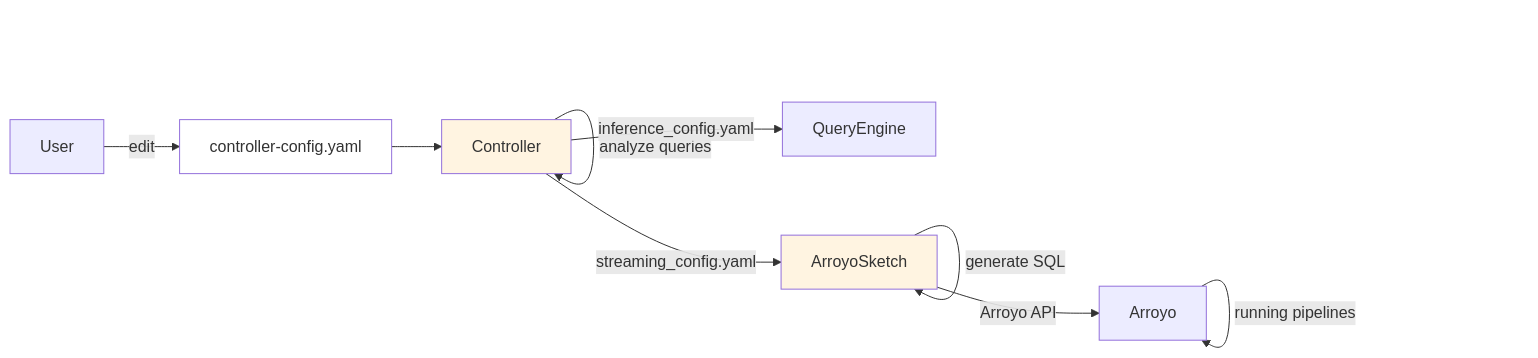
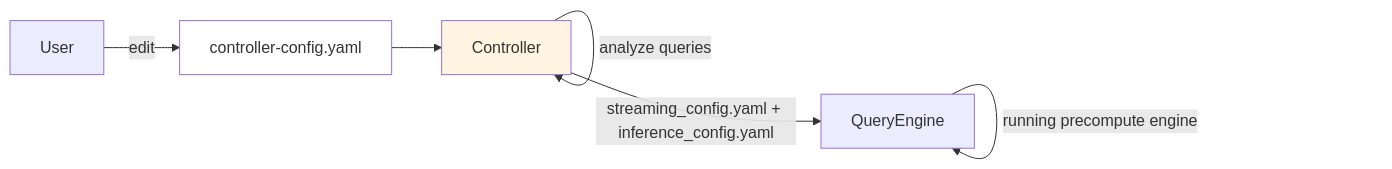
Before and after one commit to ProjectASAP/ASAPQuery: the fourth of 4 diagrams in docs/01-getting-started/architecture.md, drawn with Mermaid. The commit also changed other lines of this file and 233 other files, not shown here.

````diff
--- a/docs/01-getting-started/architecture.md
+++ b/docs/01-getting-started/architecture.md
@@ -144,15 +127,11 @@
 ```mermaid
 graph LR
     U[User] -->|edit| CC[controller-config.yaml]
     CC --> C[Controller]
     C -->|analyze queries| C
-    C -->|streaming_config.yaml| AS[ArroyoSketch]
-    C -->|inference_config.yaml| Q[QueryEngine]
-    AS -->|generate SQL| AS
-    AS -->|Arroyo API| A[Arroyo]
-    A -->|running pipelines| A
+    C -->|streaming_config.yaml + inference_config.yaml| Q[QueryEngine]
+    Q -->|running precompute engine| Q
 
     style CC fill:#fff
     style C fill:#fff4e1
-    style AS fill:#fff4e1
 ```
````
